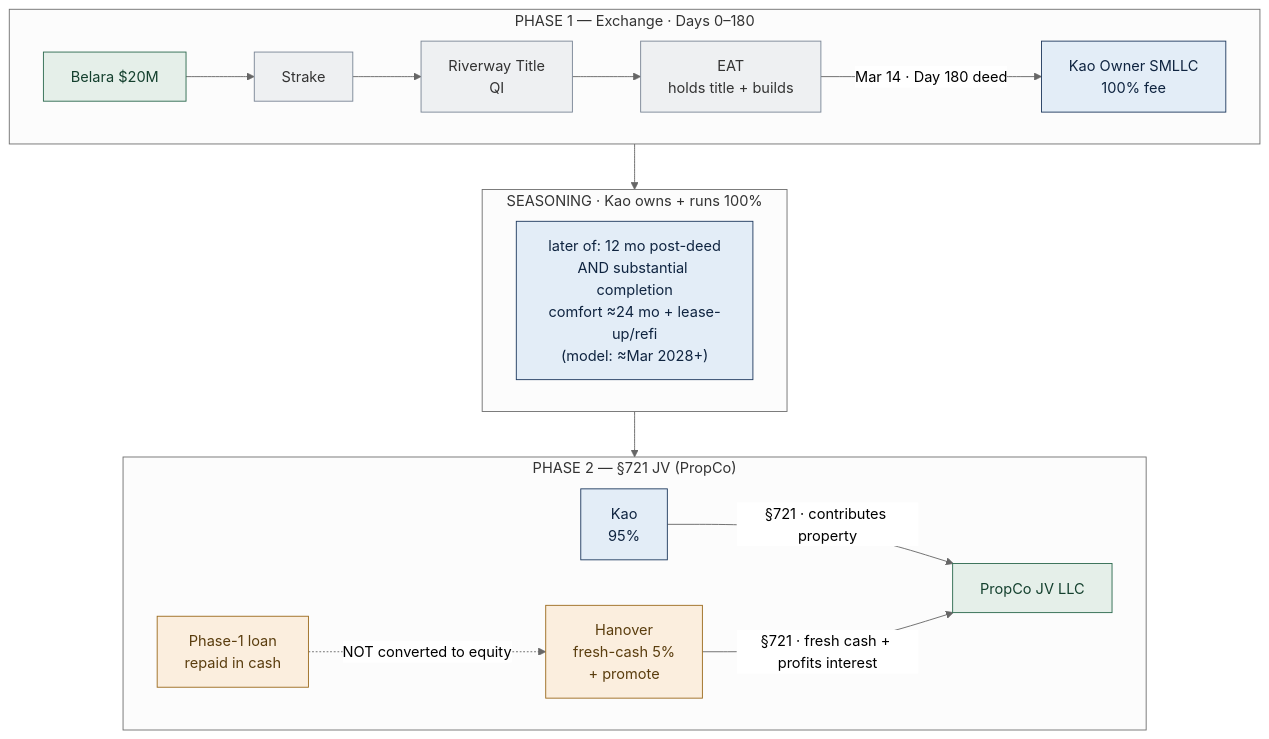
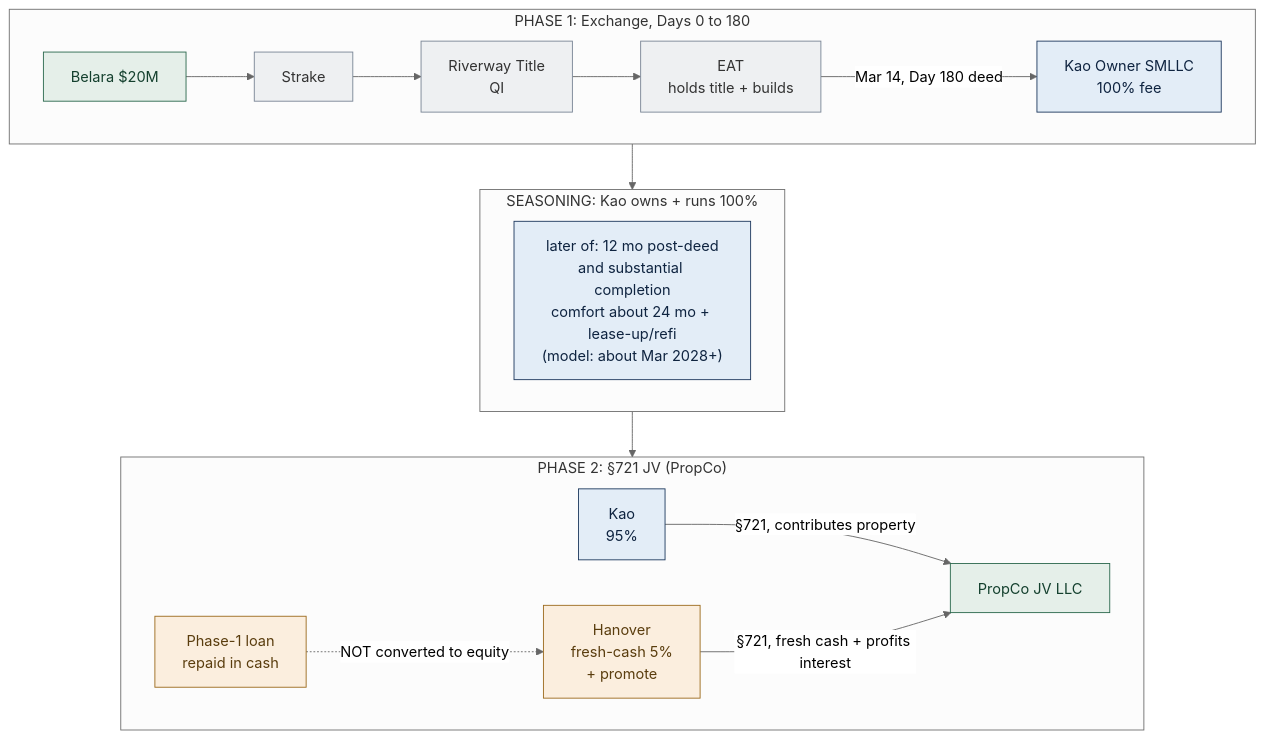
The first of 10 diagrams in North_Forsyth_1031_Diagrams.md (EthanCow/North-Forsyth-1031-Diagrams), drawn with Mermaid (neutral theme) before and after one commit. The commit also changed other lines of this file and 1 other file, not shown here.

````diff
--- a/North_Forsyth_1031_Diagrams.md
+++ b/North_Forsyth_1031_Diagrams.md
@@ -124,30 +123,30 @@
 ```mermaid
 flowchart TB
-  subgraph P1["PHASE 1 — Exchange · Days 0–180"]
+  subgraph P1["PHASE 1: Exchange, Days 0 to 180"]
     Belara["Belara $20M"]:::asset
     SK["Strake"]:::neutral
     QI["Riverway Title\nQI"]:::neutral
     EAT["EAT\nholds title + builds"]:::neutral
     KLLC["Kao Owner SMLLC\n100% fee"]:::kao
     Belara --> SK --> QI
     QI --> EAT
-    EAT -->|"Mar 14 · Day 180 deed"| KLLC
+    EAT -->|"Mar 14, Day 180 deed"| KLLC
   end
-  subgraph GAP["SEASONING · Kao owns + runs 100%"]
-    G["later of: 12 mo post-deed\nAND substantial completion\ncomfort ≈24 mo + lease-up/refi\n(model: ≈Mar 2028+)"]:::kao
+  subgraph GAP["SEASONING: Kao owns + runs 100%"]
+    G["later of: 12 mo post-deed\nand substantial completion\ncomfort about 24 mo + lease-up/refi\n(model: about Mar 2028+)"]:::kao
   end
-  subgraph P2["PHASE 2 — §721 JV (PropCo)"]
+  subgraph P2["PHASE 2: §721 JV (PropCo)"]
     K2["Kao\n95%"]:::kao
     H["Hanover\nfresh-cash 5%\n+ promote"]:::han
     HL["Phase-1 loan\nrepaid in cash"]:::han
     JV["PropCo JV LLC"]:::asset
-    K2 -->|"§721 · contributes property"| JV
-    H -->|"§721 · fresh cash + profits interest"| JV
+    K2 -->|"§721, contributes property"| JV
+    H -->|"§721, fresh cash + profits interest"| JV
     HL -.->|"NOT converted to equity"| H
   end
   P1 --> GAP --> P2
   classDef kao fill:#e3edf7,stroke:#1f3a5f,color:#0f2440;
   classDef han fill:#fbeede,stroke:#9c6b1e,color:#5a3d0e;
   classDef neutral fill:#eef0f2,stroke:#7a8696,color:#333;
   classDef asset fill:#e5efe9,stroke:#2d6a4f,color:#14402e;
 ```
````
